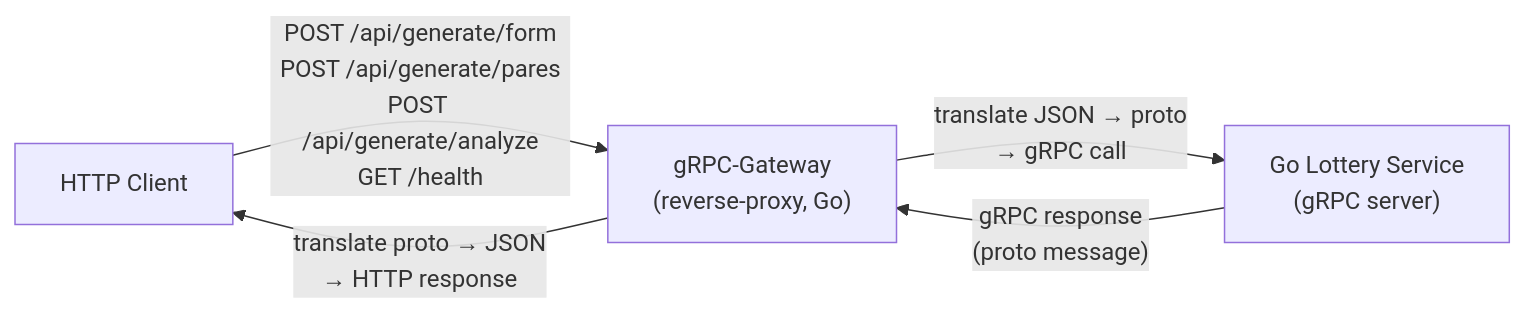
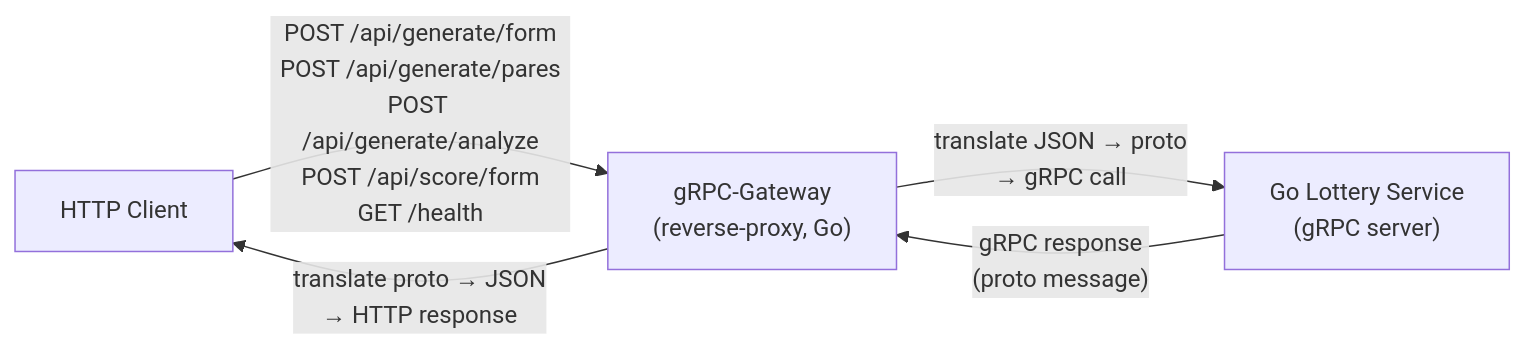
One commit to lihai1/statistiloto-proto changed the third of 3 diagrams in docs/FLOWS.md. Above: the diagram before and after it, drawn with Mermaid. The commit also changed other lines of this file and 3 other files, not shown here.

First line of the commit message:
docs: document ScoreForm RPC, backfill Simulate entries

````diff
--- a/docs/FLOWS.md
+++ b/docs/FLOWS.md
@@ -53,7 +54,7 @@
 ```mermaid
 flowchart LR
-    HTTP["HTTP Client"] -->|"POST /api/generate/form\nPOST /api/generate/pares\nPOST /api/generate/analyze\nGET /health"| Gateway["gRPC-Gateway\n(reverse-proxy, Go)"]
+    HTTP["HTTP Client"] -->|"POST /api/generate/form\nPOST /api/generate/pares\nPOST /api/generate/analyze\nPOST /api/score/form\nGET /health"| Gateway["gRPC-Gateway\n(reverse-proxy, Go)"]
     Gateway -->|"translate JSON → proto\n→ gRPC call"| GoService["Go Lottery Service\n(gRPC server)"]
     GoService -->|"gRPC response\n(proto message)"| Gateway
     Gateway -->|"translate proto → JSON\n→ HTTP response"| HTTP
 ```
````
